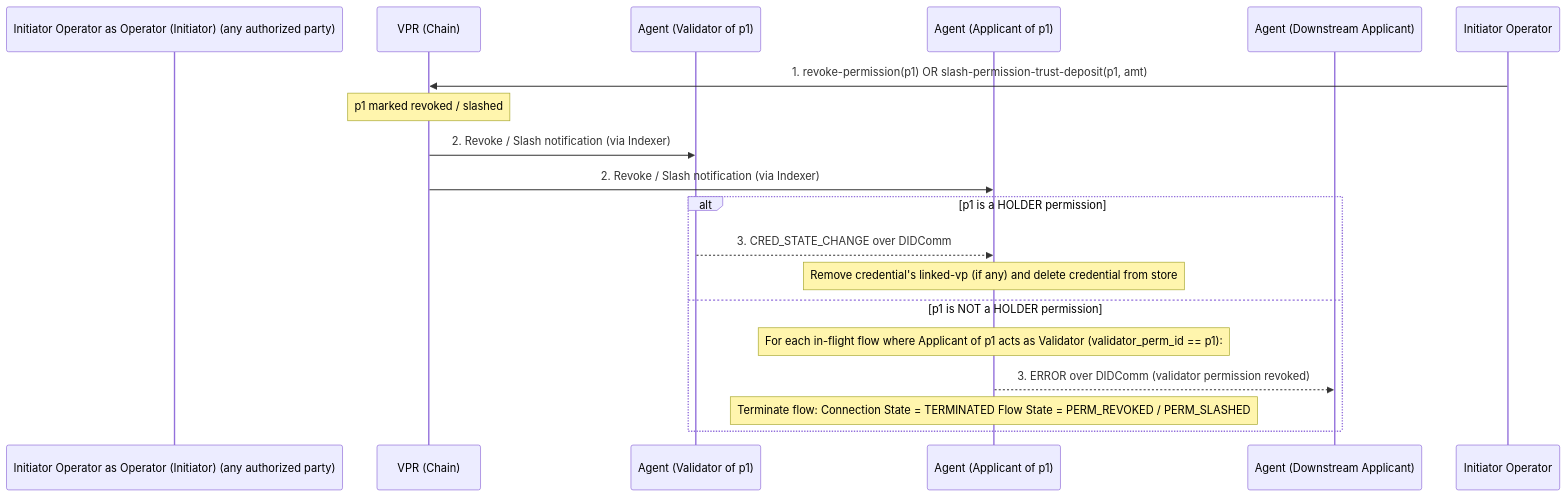
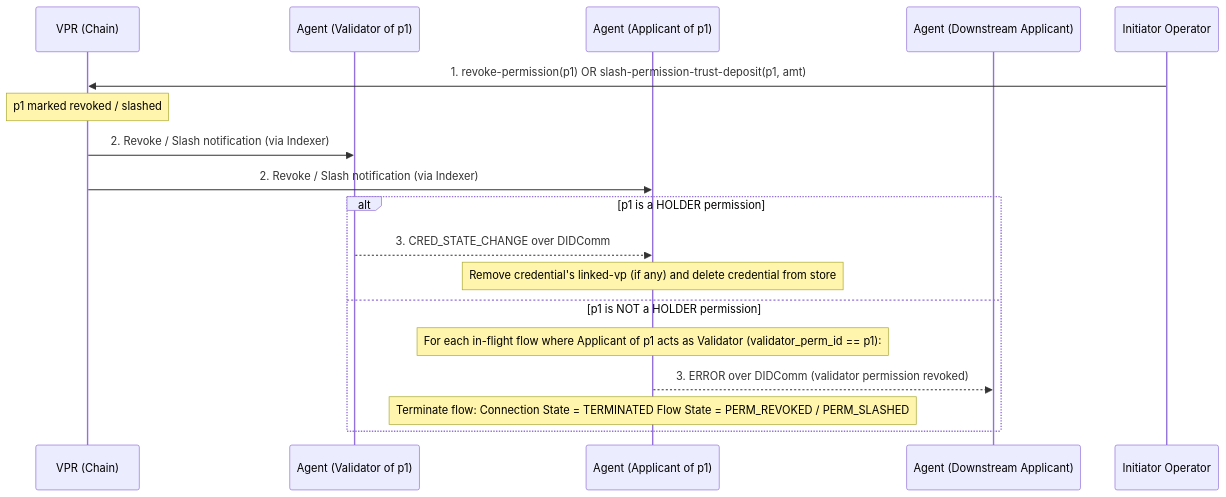
One commit to verana-labs/verana-spec changed the seventh of 10 diagrams in v4/vs-agent/spec.md. Above: the diagram before and after it, drawn with Mermaid.

Commit message:
feat: flow fix

````diff
--- a/v4/vs-agent/spec.md
+++ b/v4/vs-agent/spec.md
@@ -507,22 +507,21 @@
 ```mermaid
 sequenceDiagram
-    participant Initiator Operator as Operator (Initiator) (any authorized party)
     participant VPR as VPR (Chain)
     participant Validator as Agent (Validator of p1)
     participant Applicant as Agent (Applicant of p1)
     participant Downstream as Agent (Downstream Applicant)
 
     Initiator Operator->>VPR: 1. revoke-permission(p1) OR slash-permission-trust-deposit(p1, amt)
     Note over VPR: p1 marked revoked / slashed
     VPR->>Validator: 2. Revoke / Slash notification (via Indexer)
     VPR->>Applicant: 2. Revoke / Slash notification (via Indexer)
 
     alt p1 is a HOLDER permission
         Validator-->>Applicant: 3. CRED_STATE_CHANGE over DIDComm
         Note over Applicant: Remove credential's linked-vp (if any) and delete credential from store
     else p1 is NOT a HOLDER permission
         Note over Applicant: For each in-flight flow where Applicant of p1 acts as Validator (validator_perm_id == p1):
         Applicant-->>Downstream: 3. ERROR over DIDComm (validator permission revoked)
         Note over Applicant: Terminate flow: Connection State = TERMINATED Flow State = PERM_REVOKED / PERM_SLASHED
     end
 ```
````
